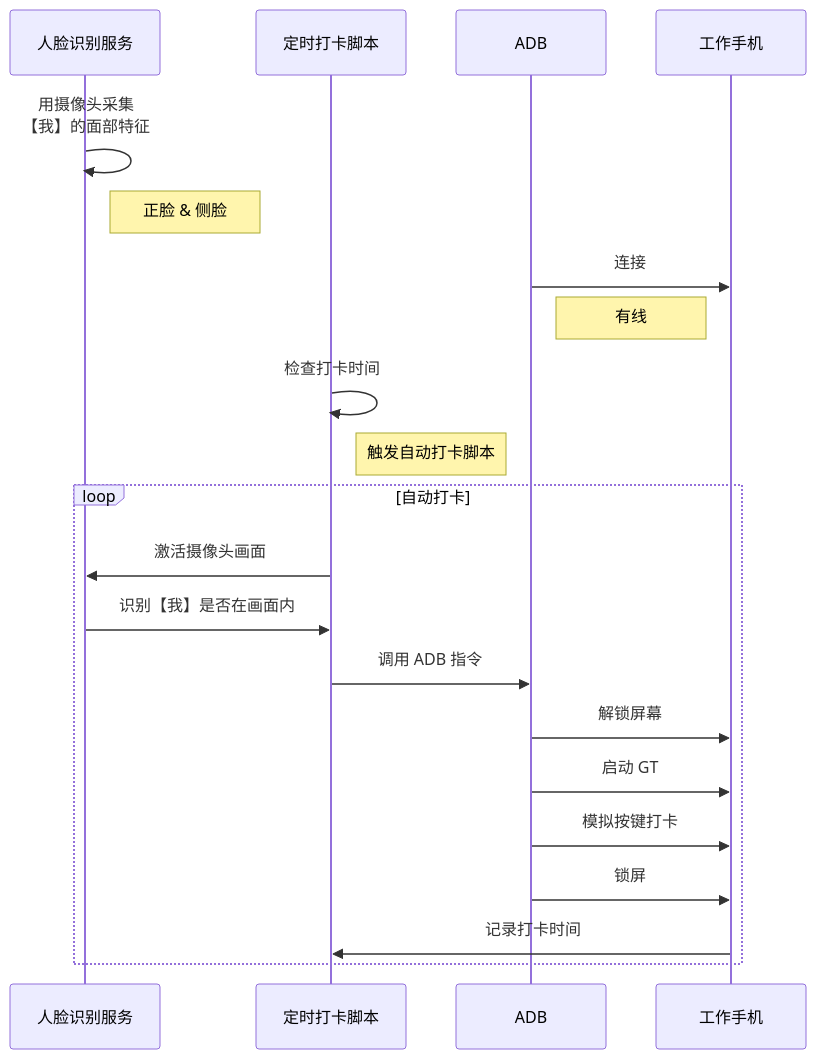
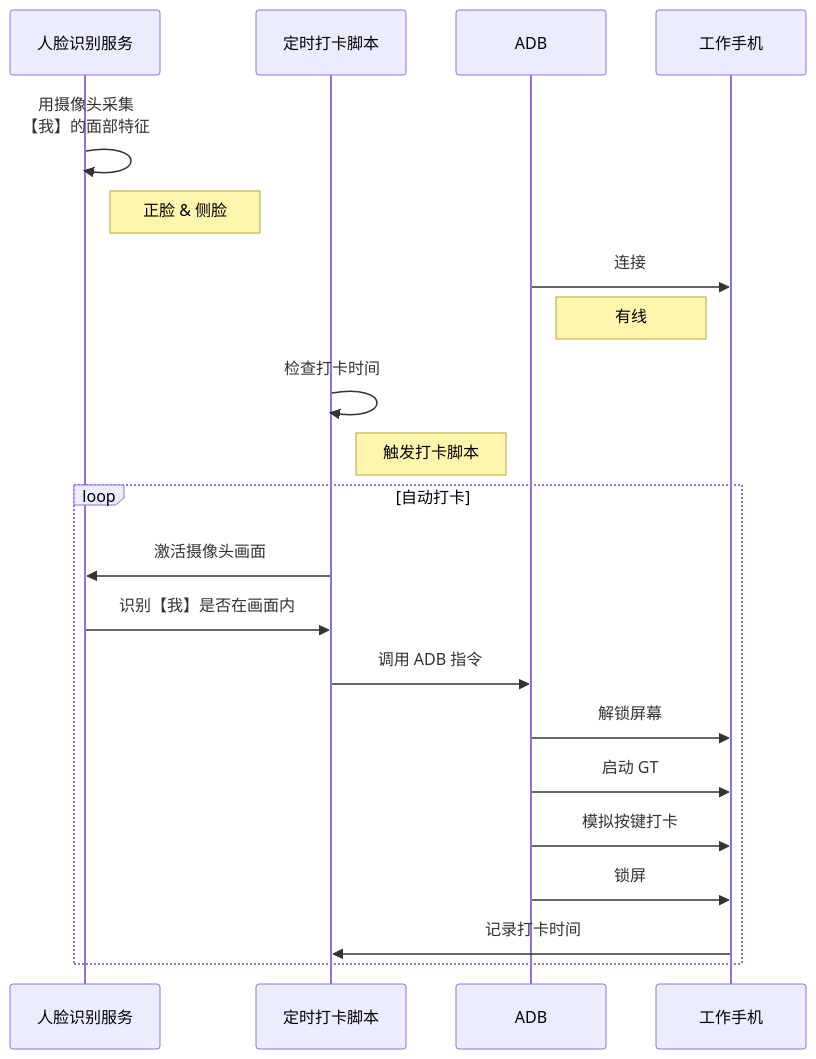
The diagram in README2.md (Visuals-AI/AI-auto-checkin), drawn with Mermaid before and after one commit.

````diff
--- a/README2.md
+++ b/README2.md
@@ -51,23 +51,23 @@
 ```mermaid
 sequenceDiagram
     participant 人脸识别服务
     participant 定时打卡脚本
     participant ADB
     participant 工作手机
     人脸识别服务->>人脸识别服务: 用摄像头采集<br/>【我】的面部特征
     Note right of 人脸识别服务: 正脸 & 侧脸
     ADB->>工作手机: 连接
     Note left of 工作手机: 有线
     定时打卡脚本->>定时打卡脚本: 检查打卡时间
-    Note right of 定时打卡脚本: 触发自动打卡脚本
+    Note right of 定时打卡脚本: 触发打卡脚本
     loop 自动打卡
         定时打卡脚本->>人脸识别服务: 激活摄像头画面
         人脸识别服务->>定时打卡脚本: 识别【我】是否在画面内
         定时打卡脚本->>ADB: 调用 ADB 指令
         ADB->>工作手机: 解锁屏幕
         ADB->>工作手机: 启动 GT
         ADB->>工作手机: 模拟按键打卡
         ADB->>工作手机: 锁屏
         工作手机->>定时打卡脚本: 记录打卡时间
     end
 ```
````
